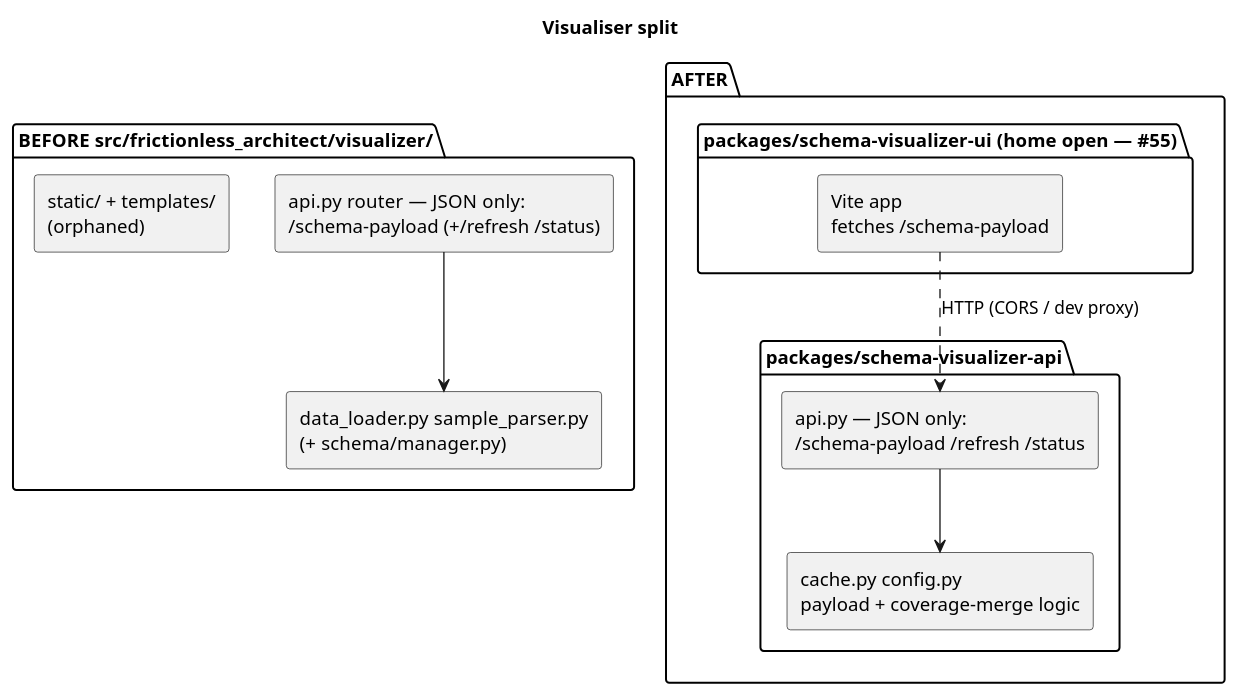
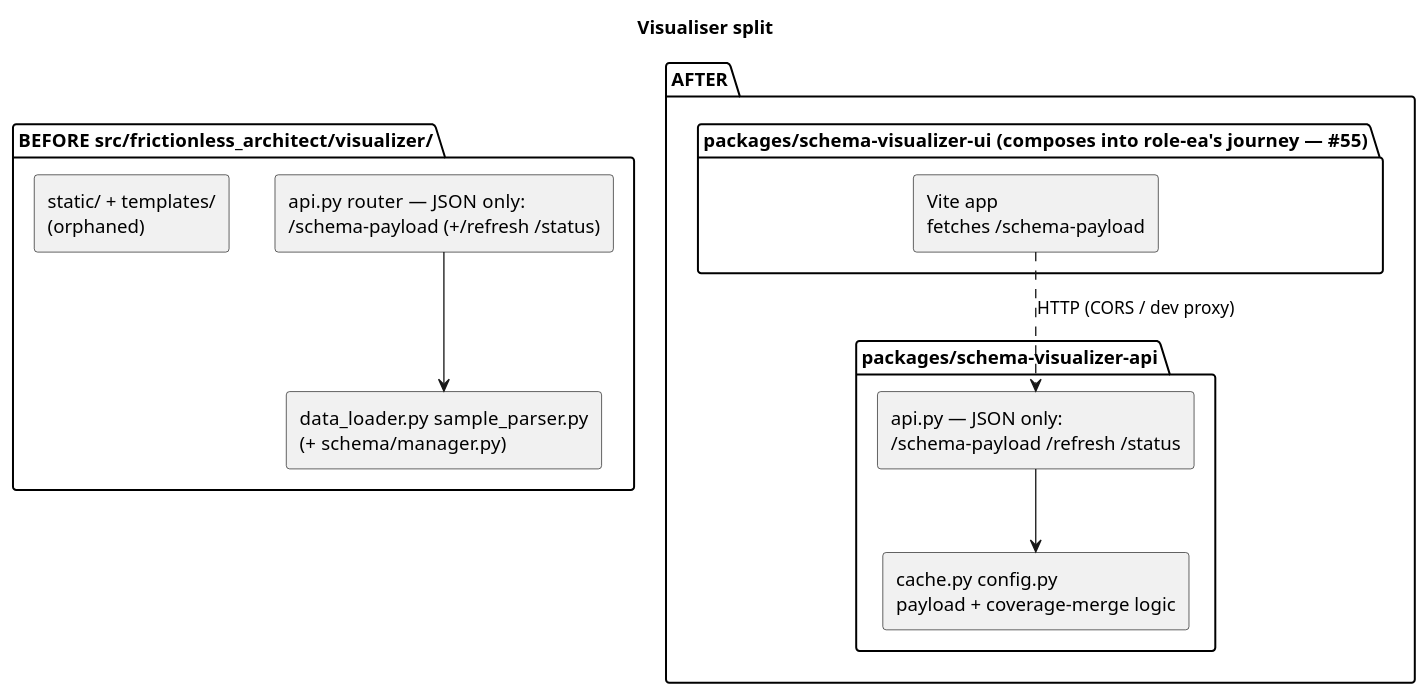
One commit to wolffy-au/frictionless-architect changed the second of 2 diagrams in ARCHITECTURE.md. Above: the diagram before and after it, drawn with PlantUML. The commit also changed other lines of this file and 2 other files, not shown here.

Commit message:
docs(adr): resolve schema-visualiser UI home as role-ea's journey
sub-schema-visualizer visualises the managed enterprise's own
Architecture Knowledge Graph (sub-twin), which role-ea already owns
via sub-library/sub-governance/sub-assurance — composing its UI into
that journey is an ownership fit, not a convenience one. It stays its
own package pair (schema-visualizer-api/-ui, ADR-0005), not a seventh
subsystem, and doesn't need a standalone dashboard.

Updates ADR-0005 and ADR-0020 in place, syncs ARCHITECTURE.md, and
resolves the last open item in GH #55's "Decisions needed" list.

````diff
--- a/ARCHITECTURE.md
+++ b/ARCHITECTURE.md
@@ -295,25 +295,25 @@
 ```plantuml
 @startuml
 title Visualiser split
 skinparam componentStyle rectangle
 
 package "BEFORE  src/frictionless_architect/visualizer/" {
   [api.py  router — JSON only:\n/schema-payload (+/refresh /status)] as before_api
   [data_loader.py sample_parser.py\n(+ schema/manager.py)] as before_kg
   [static/ + templates/\n(orphaned)] as before_ui
   before_api --> before_kg
 }
 
 package "AFTER" {
   package "packages/schema-visualizer-api" {
     [api.py — JSON only:\n/schema-payload /refresh /status] as after_api
     [cache.py config.py\npayload + coverage-merge logic] as after_lib
     after_api --> after_lib
   }
-  package "packages/schema-visualizer-ui  (home open — #55)" {
+  package "packages/schema-visualizer-ui  (composes into role-ea's journey — #55)" {
     [Vite app\nfetches /schema-payload] as after_ui
   }
   after_ui ..> after_api : HTTP (CORS / dev proxy)
 }
 @enduml
 ```
````
